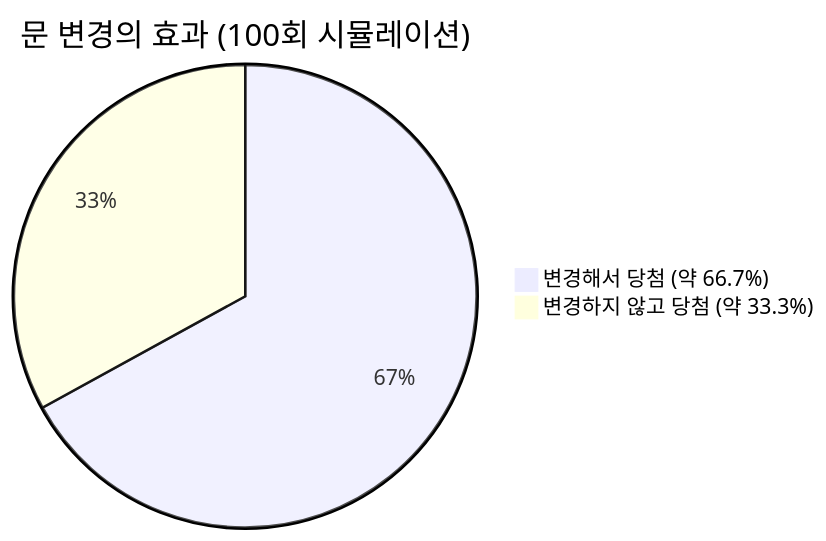
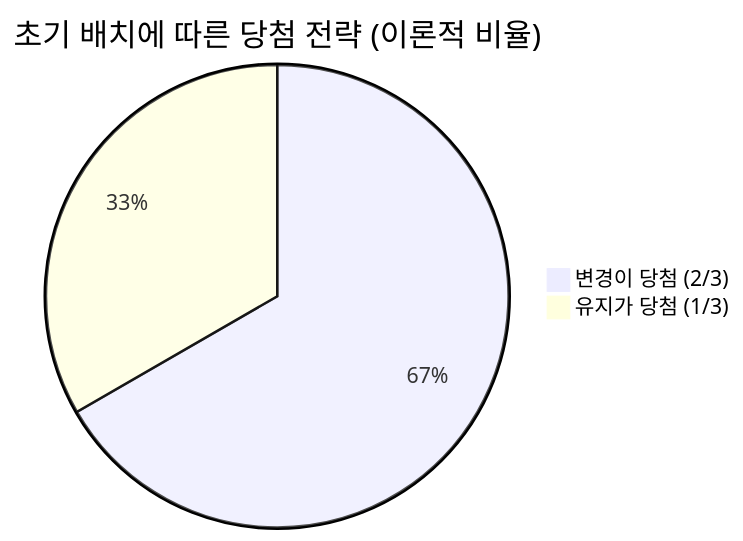
Before and after one commit to kenjinote/blog: the second of 2 diagrams in content/post/モンティ・ホール問題/index.ko.md, drawn with Mermaid. The commit also changed other lines of this file and 8 other files, not shown here.

````diff
--- a/content/post/モンティ・ホール問題/index.ko.md
+++ b/content/post/モンティ・ホール問題/index.ko.md
@@ -161,5 +195,5 @@
 ```mermaid
-pie title 문 변경의 효과 (100회 시뮬레이션)
-    "변경해서 당첨 (약 66.7%)" : 67
-    "변경하지 않고 당첨 (약 33.3%)" : 33
+pie title 초기 배치에 따른 당첨 전략 (이론적 비율)
+    "변경이 당첨 (2/3)" : 2
+    "유지가 당첨 (1/3)" : 1
 ```
````
